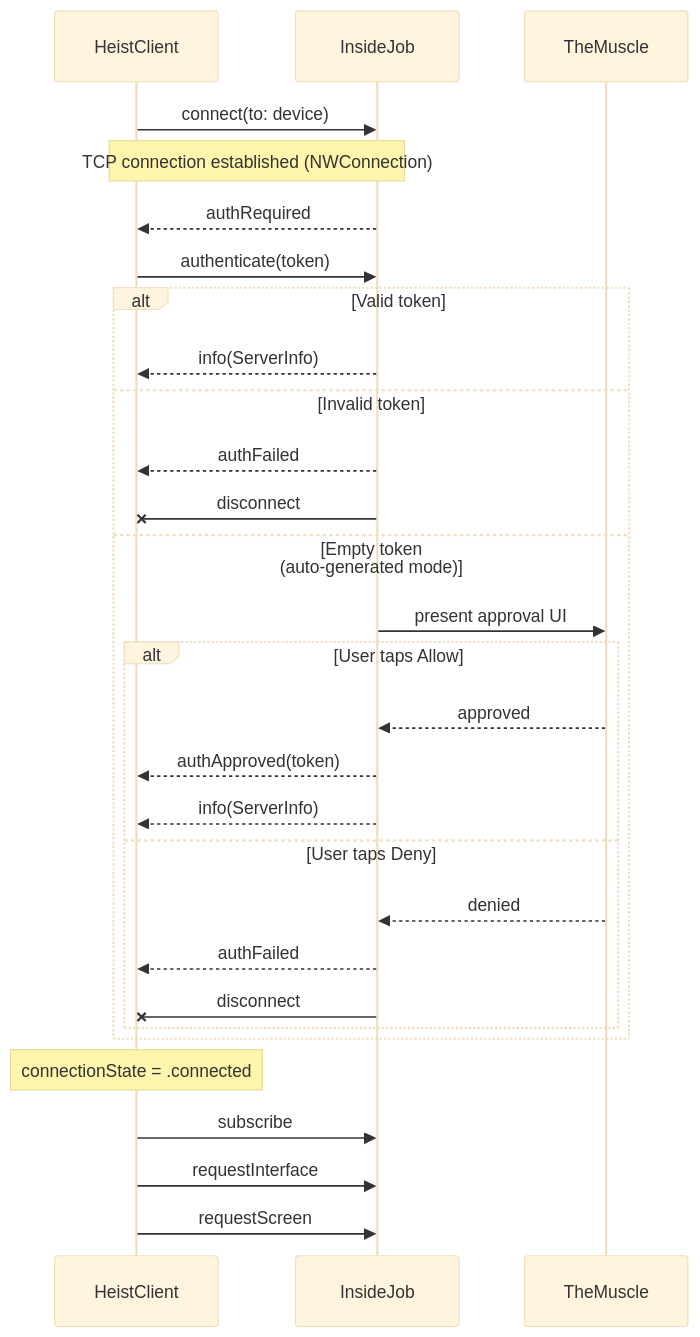
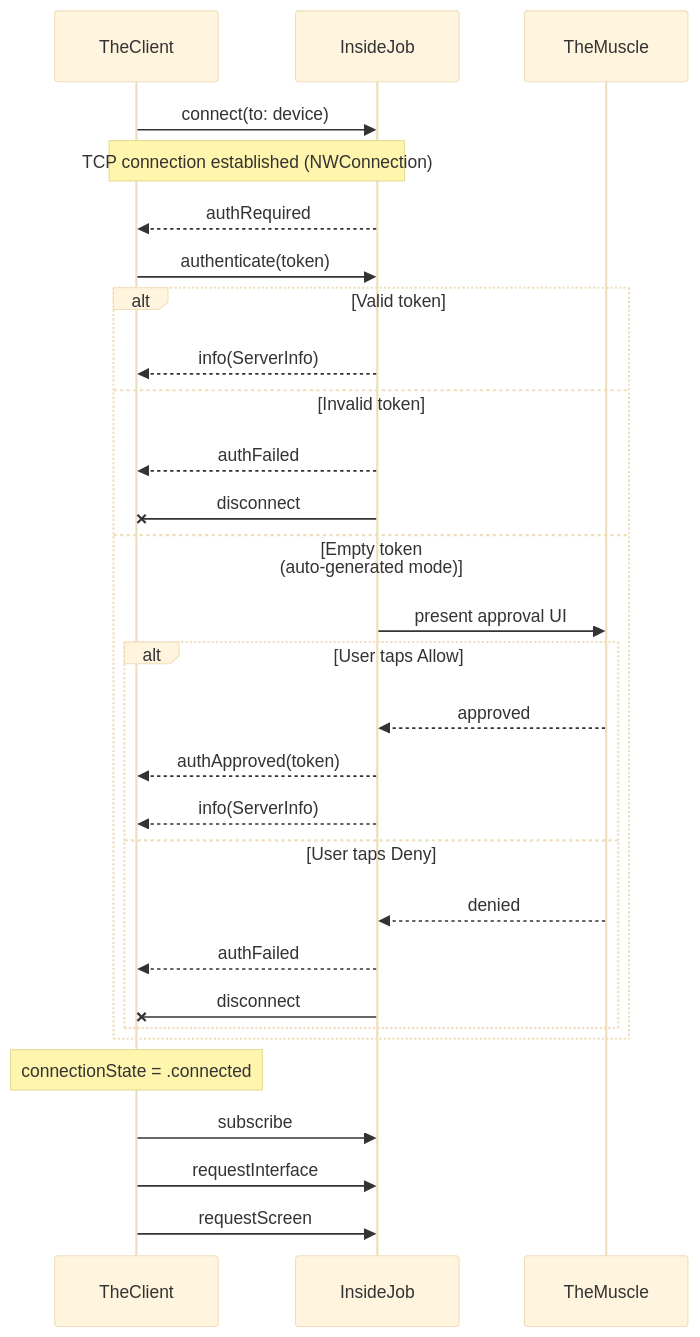
Before and after one commit to RoyalPineapple/TheButtonHeist: the fourth of 7 diagrams in docs/ARCHITECTURE.md, drawn with Mermaid (base theme). The commit also changed other lines of this file and 61 other files, not shown here.

First line of the commit message:
Rename TheGoods → TheScore, HeistClient → TheClient, InsideJobLoader → ThePlant

````diff
--- a/docs/ARCHITECTURE.md
+++ b/docs/ARCHITECTURE.md
@@ -347,35 +347,35 @@
 ```mermaid
 sequenceDiagram
-    participant HC as HeistClient
+    participant HC as TheClient
     participant IJ as InsideJob
     participant TM as TheMuscle
 
     HC->>IJ: connect(to: device)
     Note over HC,IJ: TCP connection established (NWConnection)
     IJ-->>HC: authRequired
 
     HC->>IJ: authenticate(token)
 
     alt Valid token
         IJ-->>HC: info(ServerInfo)
     else Invalid token
         IJ-->>HC: authFailed
         IJ-xHC: disconnect
     else Empty token (auto-generated mode)
         IJ->>TM: present approval UI
         alt User taps Allow
             TM-->>IJ: approved
             IJ-->>HC: authApproved(token)
             IJ-->>HC: info(ServerInfo)
         else User taps Deny
             TM-->>IJ: denied
             IJ-->>HC: authFailed
             IJ-xHC: disconnect
         end
     end
 
     Note over HC: connectionState = .connected
     HC->>IJ: subscribe
     HC->>IJ: requestInterface
     HC->>IJ: requestScreen
 ```
````
